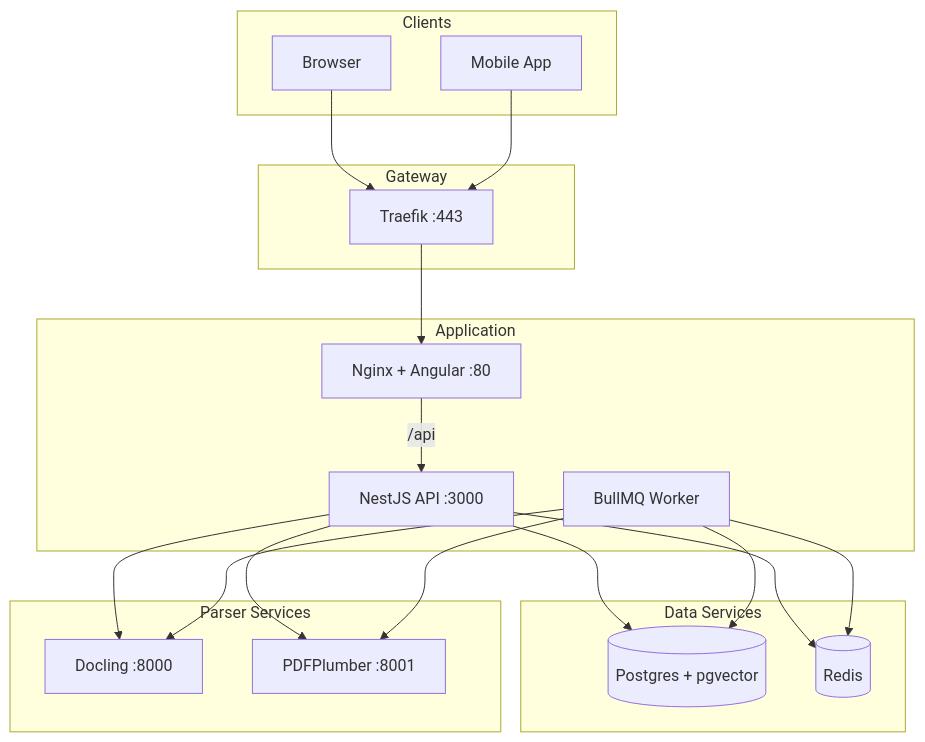
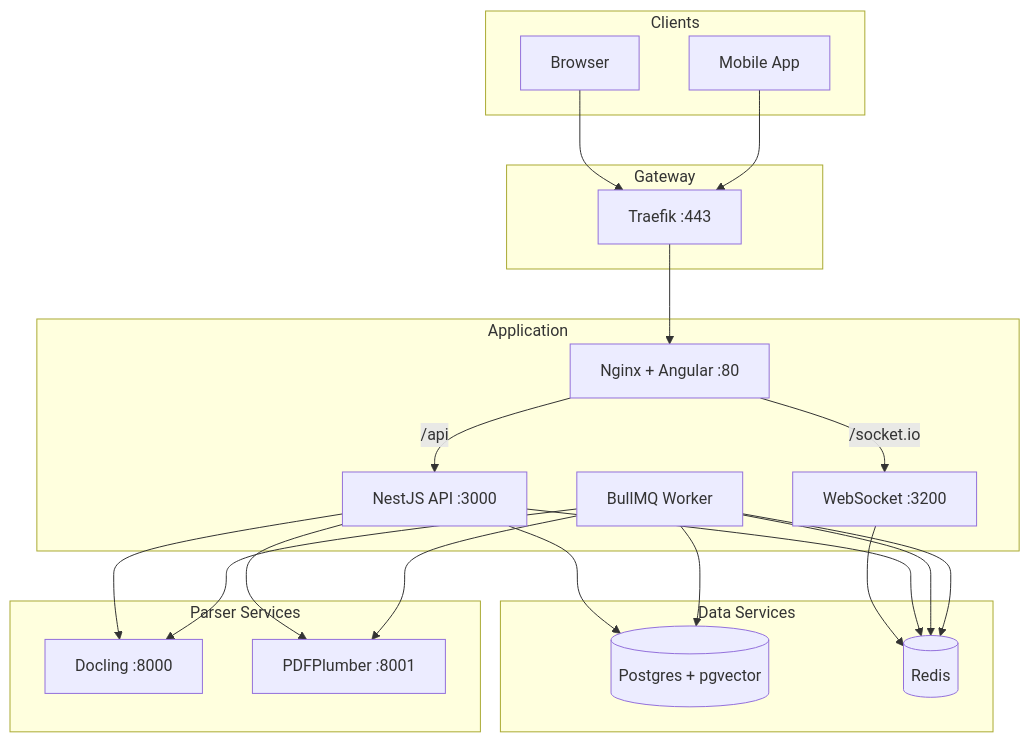
Before and after one commit to Yuri-Lima/contractor-reviewer: the diagram in docs/architecture/overview.md, drawn with Mermaid. The commit also changed other lines of this file and 2 other files, not shown here.

First line of the commit message:
docs: add WebSocket architecture and update setup guide

````diff
--- a/docs/architecture/overview.md
+++ b/docs/architecture/overview.md
@@ -35,40 +36,44 @@
 ```mermaid
 flowchart TB
     subgraph Clients [Clients]
         Browser[Browser]
         Mobile[Mobile App]
     end
 
     subgraph Gateway [Gateway]
         Traefik[Traefik :443]
     end
 
     subgraph App [Application]
         Web[Nginx + Angular :80]
         API[NestJS API :3000]
+        WS[WebSocket :3200]
         Worker[BullMQ Worker]
     end
 
     subgraph Data [Data Services]
         Postgres[(Postgres + pgvector)]
         Redis[(Redis)]
     end
 
     subgraph Parsers [Parser Services]
         Docling[Docling :8000]
         PDFPlumber[PDFPlumber :8001]
     end
 
     Browser --> Traefik
     Mobile --> Traefik
     Traefik --> Web
     Web -->|/api| API
+    Web -->|/socket.io| WS
     API --> Postgres
+    WS --> Redis
     API --> Redis
     API --> Docling
     API --> PDFPlumber
     Worker --> Redis
     Worker --> Postgres
+    Worker --> Redis
     Worker --> Docling
     Worker --> PDFPlumber
 ```
````
